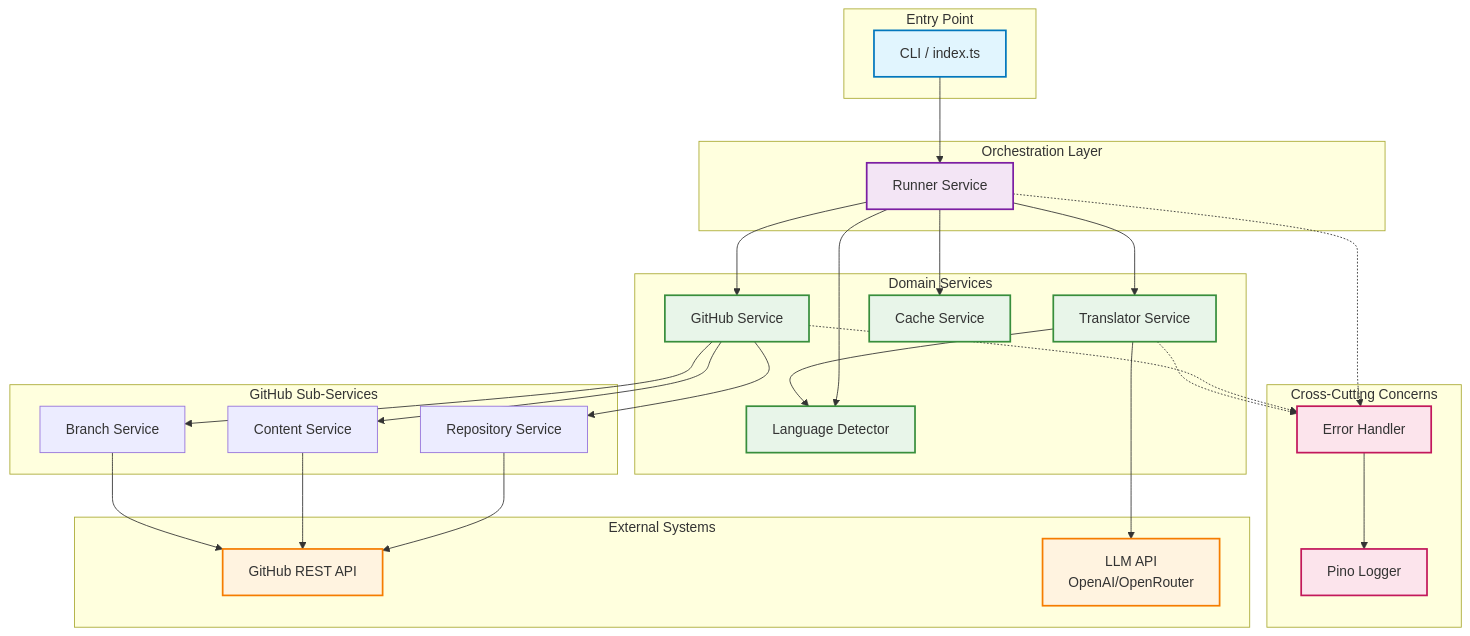
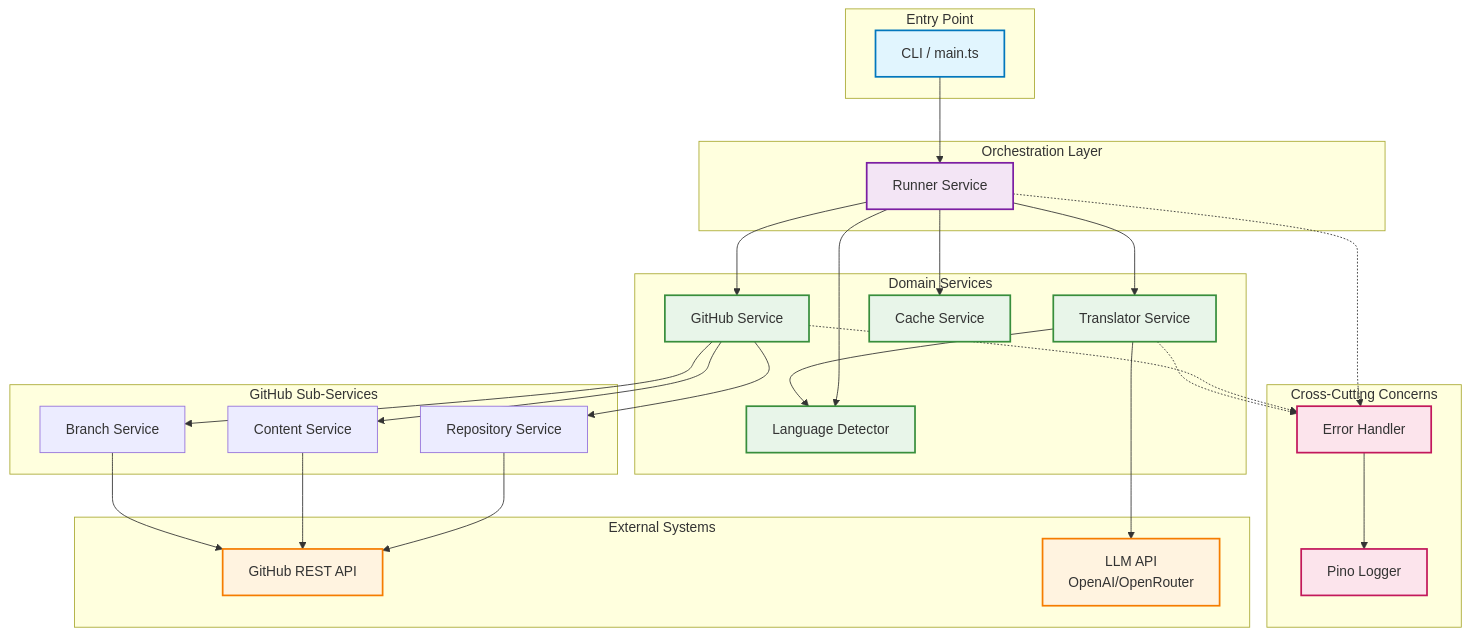
Before and after one commit to NivaldoFarias/translate-react: the first of 9 diagrams in docs/ARCHITECTURE.md, drawn with Mermaid. The commit also changed other lines of this file and 22 other files, not shown here.

````diff
--- a/docs/ARCHITECTURE.md
+++ b/docs/ARCHITECTURE.md
@@ -38,68 +38,68 @@
 ```mermaid
 graph TB
     subgraph "Entry Point"
-        CLI[CLI / index.ts]
+        CLI[CLI / main.ts]
     end
     
     subgraph "Orchestration Layer"
         Runner[Runner Service]
     end
     
     subgraph "Domain Services"
         GitHub[GitHub Service]
         Translator[Translator Service]
         LangDetector[Language Detector]
         Cache[Cache Service]
     end
     
     subgraph "GitHub Sub-Services"
         RepoSvc[Repository Service]
         ContentSvc[Content Service]
         BranchSvc[Branch Service]
     end
     
     subgraph "Cross-Cutting Concerns"
         ErrorHandler[Error Handler]
         Logger[Pino Logger]
     end
     
     subgraph "External Systems"
         GitHubAPI[GitHub REST API]
         LLMAPI[LLM API<br/>OpenAI/OpenRouter]
     end
     
     CLI --> Runner
     Runner --> GitHub
     Runner --> Translator
     Runner --> LangDetector
     Runner --> Cache
     
     GitHub --> RepoSvc
     GitHub --> ContentSvc
     GitHub --> BranchSvc
     
     RepoSvc --> GitHubAPI
     ContentSvc --> GitHubAPI
     BranchSvc --> GitHubAPI
     
     Translator --> LLMAPI
     Translator --> LangDetector
     
     Runner -.-> ErrorHandler
     GitHub -.-> ErrorHandler
     Translator -.-> ErrorHandler
     
     ErrorHandler --> Logger
     
     classDef entryPoint fill:#e1f5fe,stroke:#0277bd,stroke-width:2px
     classDef orchestration fill:#f3e5f5,stroke:#7b1fa2,stroke-width:2px
     classDef domain fill:#e8f5e9,stroke:#388e3c,stroke-width:2px
     classDef external fill:#fff3e0,stroke:#f57c00,stroke-width:2px
     classDef crossCutting fill:#fce4ec,stroke:#c2185b,stroke-width:2px
     
     class CLI entryPoint
     class Runner orchestration
     class GitHub,Translator,LangDetector,Cache domain
     class GitHubAPI,LLMAPI external
     class ErrorHandler,Logger crossCutting
 ```
````
